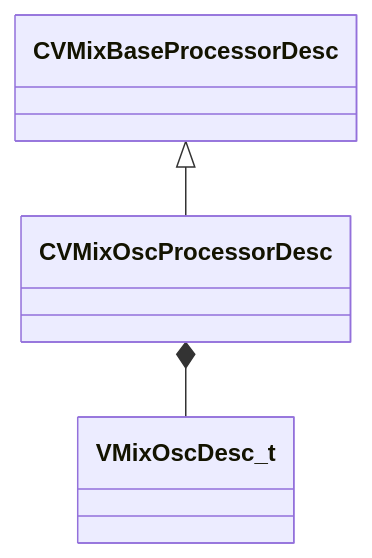
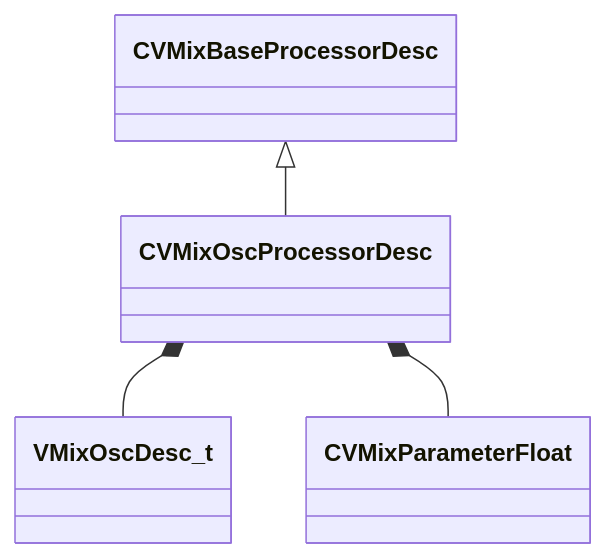
The diagram in docs/generated/schemas/soundsystem_lowlevel/CVMixOscProcessorDesc.md (CS2OpenDev/CS2OpenDev-Docs), drawn with Mermaid before and after one commit. The commit also changed other lines of this file and 4654 other files, not shown here.

Commit message:
docs: regenerate for SchemaTracker build 25947352 [skip ci]

````diff
--- a/docs/generated/schemas/soundsystem_lowlevel/CVMixOscProcessorDesc.md
+++ b/docs/generated/schemas/soundsystem_lowlevel/CVMixOscProcessorDesc.md
@@ -19,5 +19,6 @@
 ```mermaid
 classDiagram
     CVMixBaseProcessorDesc <|-- CVMixOscProcessorDesc
     CVMixOscProcessorDesc *-- VMixOscDesc_t
+    CVMixOscProcessorDesc *-- CVMixParameterFloat
 ```
````
